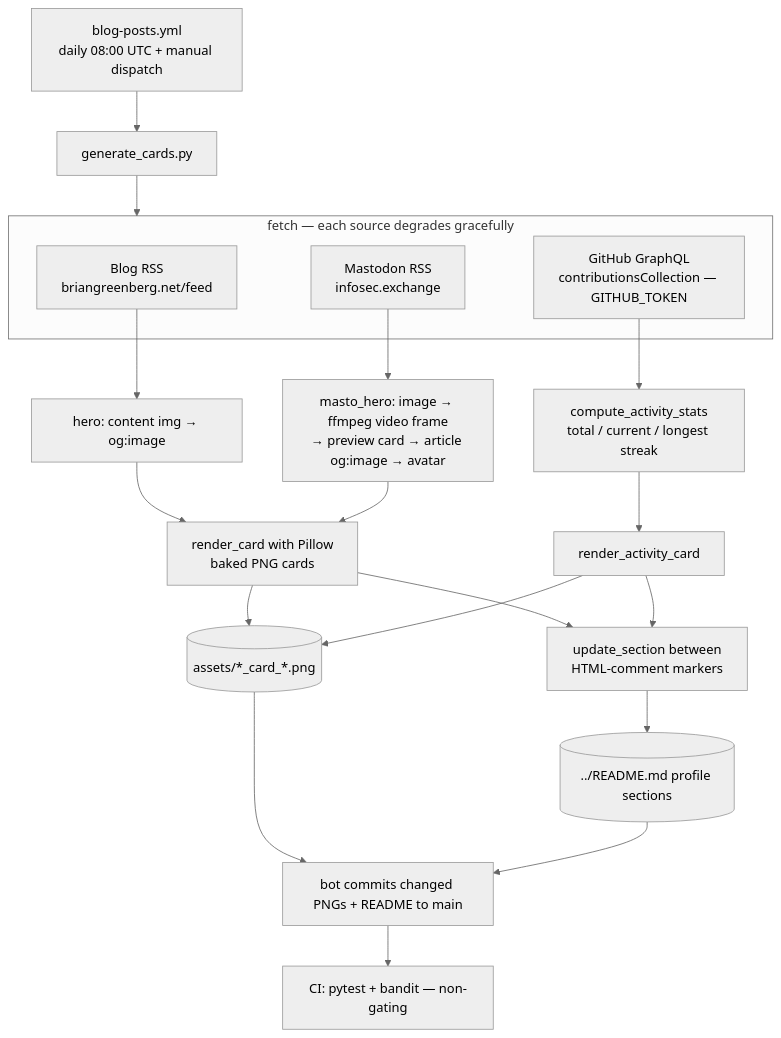
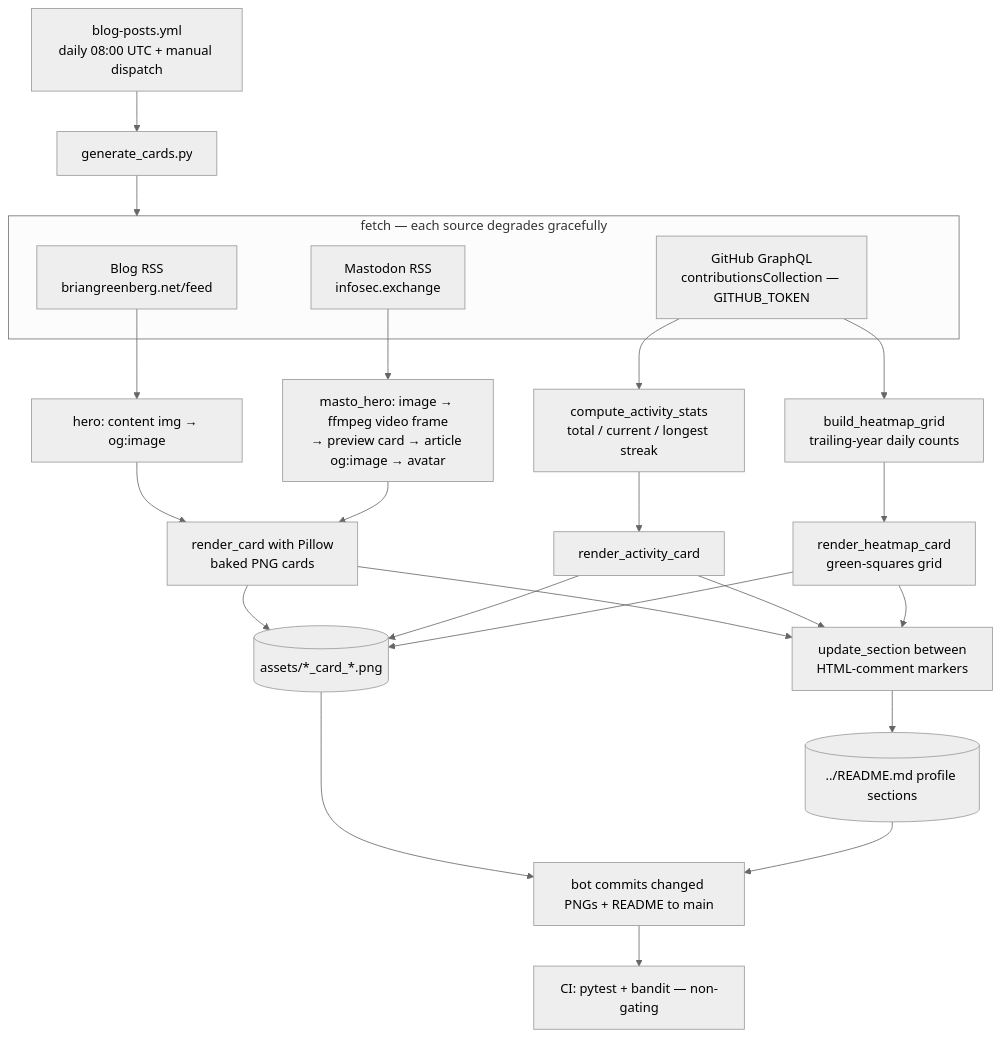
Before and after one commit to bjgreenberg/bjgreenberg: the diagram in scripts/README.md, drawn with Mermaid (neutral theme). The commit also changed other lines of this file and 4 other files, not shown here.

First line of the commit message:
feat(cards): bake a trailing-year contribution heatmap card

````diff
--- a/scripts/README.md
+++ b/scripts/README.md
@@ -22,24 +22,28 @@
 ```mermaid
 flowchart TB
     cron["blog-posts.yml<br/>daily 08:00 UTC + manual dispatch"] --> gen["generate_cards.py"]
     subgraph sources["fetch — each source degrades gracefully"]
         s1["Blog RSS<br/>briangreenberg.net/feed"]
         s2["Mastodon RSS<br/>infosec.exchange"]
         s3["GitHub GraphQL<br/>contributionsCollection — GITHUB_TOKEN"]
     end
     gen --> sources
     s1 --> hero1["hero: content img → og:image"]
     s2 --> hero2["masto_hero: image → ffmpeg video frame<br/>→ preview card → article og:image → avatar"]
     s3 --> stats["compute_activity_stats<br/>total / current / longest streak"]
+    s3 --> heat["build_heatmap_grid<br/>trailing-year daily counts"]
     hero1 --> render["render_card with Pillow<br/>baked PNG cards"]
     hero2 --> render
     stats --> renderA["render_activity_card"]
+    heat --> renderH["render_heatmap_card<br/>green-squares grid"]
     render --> assets[("assets/*_card_*.png")]
     renderA --> assets
+    renderH --> assets
     render --> upd["update_section between<br/>HTML-comment markers"]
     renderA --> upd
+    renderH --> upd
     upd --> readme[("../README.md profile sections")]
     assets --> commit["bot commits changed PNGs + README to main"]
     readme --> commit
     commit --> ci["CI: pytest + bandit — non-gating"]
 ```
````
